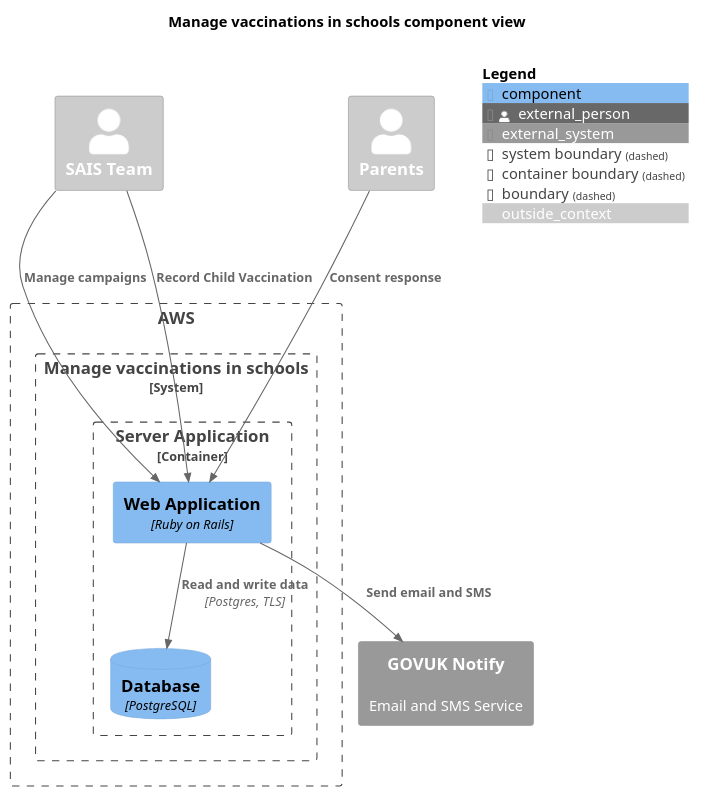
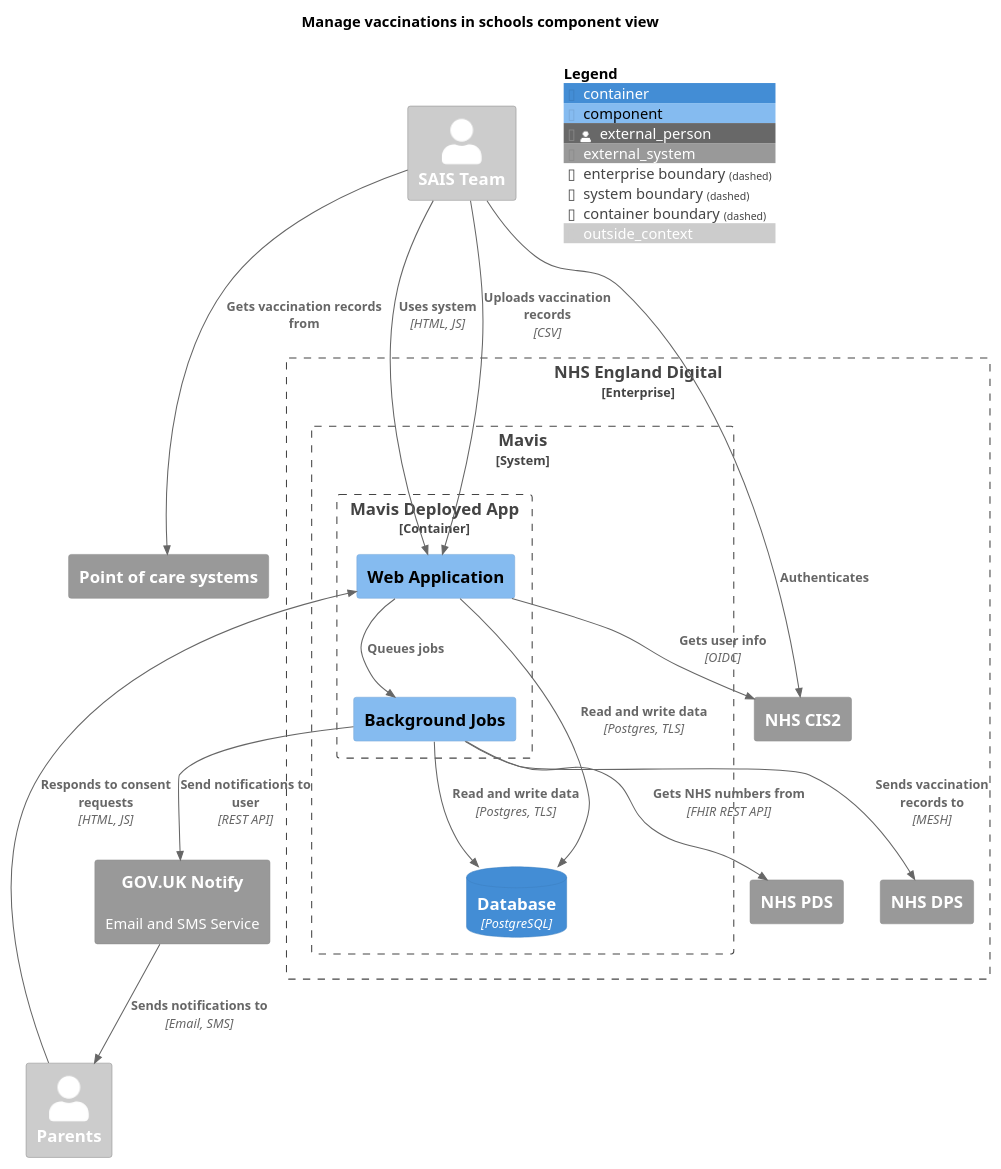
Before and after one commit to nhsuk/manage-vaccinations-in-schools: the diagram in docs/diagrams/component-view.puml, drawn with PlantUML. The commit also changed 4 other files, not shown here.

Commit message:
Update architecture diagrams

```diff
--- a/docs/diagrams/component-view.puml
+++ b/docs/diagrams/component-view.puml
@@ -1,36 +1,51 @@
 @startuml
 
 !include <C4/C4_Component.puml>
 
 LAYOUT_TOP_DOWN()
 
 title "Manage vaccinations in schools component view"
 
 AddElementTag("outside_context", $bgColor="#CCC", $fontColor="#FFF")
 
 Person_Ext(sais, "SAIS Team", $tags="outside_context")
 Person_Ext(parents, "Parents", $tags="outside_context")
 
-Boundary(aws, "AWS") {
-  System_Boundary(manage, "Manage vaccinations in schools", "") {
-    Container_Boundary(server, "Server Application", "Ruby on Rails") {
-      Component(webapp, "Web Application", "Ruby on Rails")
-      ComponentDb(database, "Database", "PostgreSQL")
+System_Ext(poc, "Point of care systems")
+
+Enterprise_Boundary(nhs, "NHS England Digital") {
+  System_Boundary(mavis, "Mavis", "") {
+    Container_Boundary(mavis_app, "Mavis Deployed App", "Ruby on Rails") {
+      Component(webapp, "Web Application")
+      Component(bgjobs, "Background Jobs")
     }
+    ContainerDb(database, "Database", "PostgreSQL")
   }
+
+  System_Ext(cis, "NHS CIS2")
+  System_Ext(pds, "NHS PDS")
+  System_Ext(dps, "NHS DPS")
 }
-System_Ext(govukNotify, "GOVUK Notify", "Email and SMS Service")
+System_Ext(notify, "GOV.UK Notify", "Email and SMS Service")
 
 
 AddRelTag("optional", $textColor="black", $lineColor="black", $lineStyle="dashed")
 
-Rel(sais, webapp, "Manage campaigns")
-Rel(sais, webapp, "Record Child Vaccination")
-Rel(parents, webapp, "Consent response")
+Rel(sais, cis, "Authenticates")
+Rel(webapp, cis, "Gets user info", "OIDC")
+Rel(sais, webapp, "Uses system", "HTML, JS")
+Rel(sais, poc, "Gets vaccination records from")
+Rel(sais, webapp, "Uploads vaccination records", "CSV")
+Rel(parents, webapp, "Responds to consent requests", "HTML, JS")
 Rel(webapp, database, "Read and write data", "Postgres, TLS")
-Rel(webapp, govukNotify, "Send email and SMS")
+Rel(webapp, bgjobs, "Queues jobs")
+Rel(bgjobs, database, "Read and write data", "Postgres, TLS")
+Rel(bgjobs, notify, "Send notifications to user", "REST API")
+Rel(notify, parents, "Sends notifications to", "Email, SMS")
+Rel(bgjobs, pds, "Gets NHS numbers from", "FHIR REST API")
+Rel(bgjobs, dps, "Sends vaccination records to", "MESH")
 
 
 SHOW_FLOATING_LEGEND()
 
 @enduml
```
